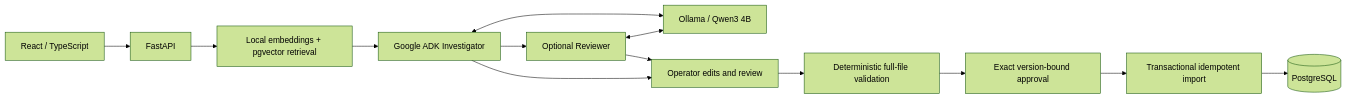
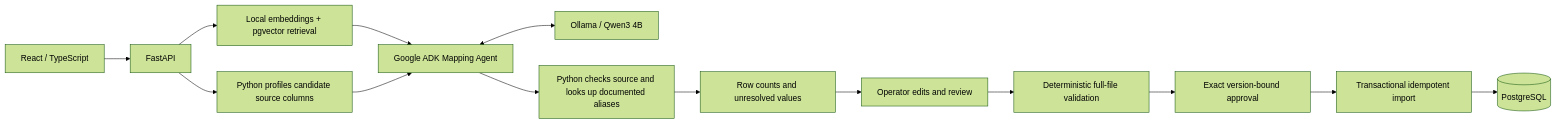
The diagram in README.md (kaushik945/DataBridge), drawn with Mermaid (forest theme) before and after one commit. The commit also changed other lines of this file and 36 other files, not shown here.

First line of the commit message:
feat(mapping): profile CSV columns before tier selection

````diff
--- a/README.md
+++ b/README.md
@@ -35,15 +56,16 @@
 ```mermaid
 flowchart LR
     UI[React / TypeScript] --> API[FastAPI]
     API --> Docs[Local embeddings + pgvector retrieval]
-    Docs --> ADK[Google ADK Investigator]
+    API --> Profile[Python profiles candidate source columns]
+    Docs --> ADK[Google ADK Mapping Agent]
+    Profile --> ADK
     ADK <--> Ollama[Ollama / Qwen3 4B]
-    ADK --> Review[Optional Reviewer]
-    Review <--> Ollama
-    ADK --> Human[Operator edits and review]
-    Review --> Human
+    ADK --> Lookup[Python checks source and looks up documented aliases]
+    Lookup --> Preview[Row counts and unresolved values]
+    Preview --> Human[Operator edits and review]
     Human --> Validate[Deterministic full-file validation]
     Validate --> Approval[Exact version-bound approval]
     Approval --> Import[Transactional idempotent import]
     Import --> DB[(PostgreSQL)]
 ```
````
